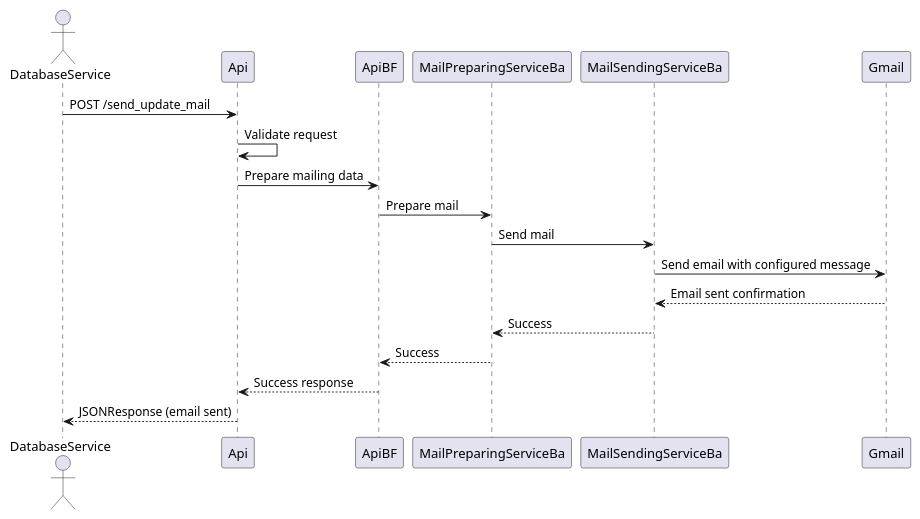
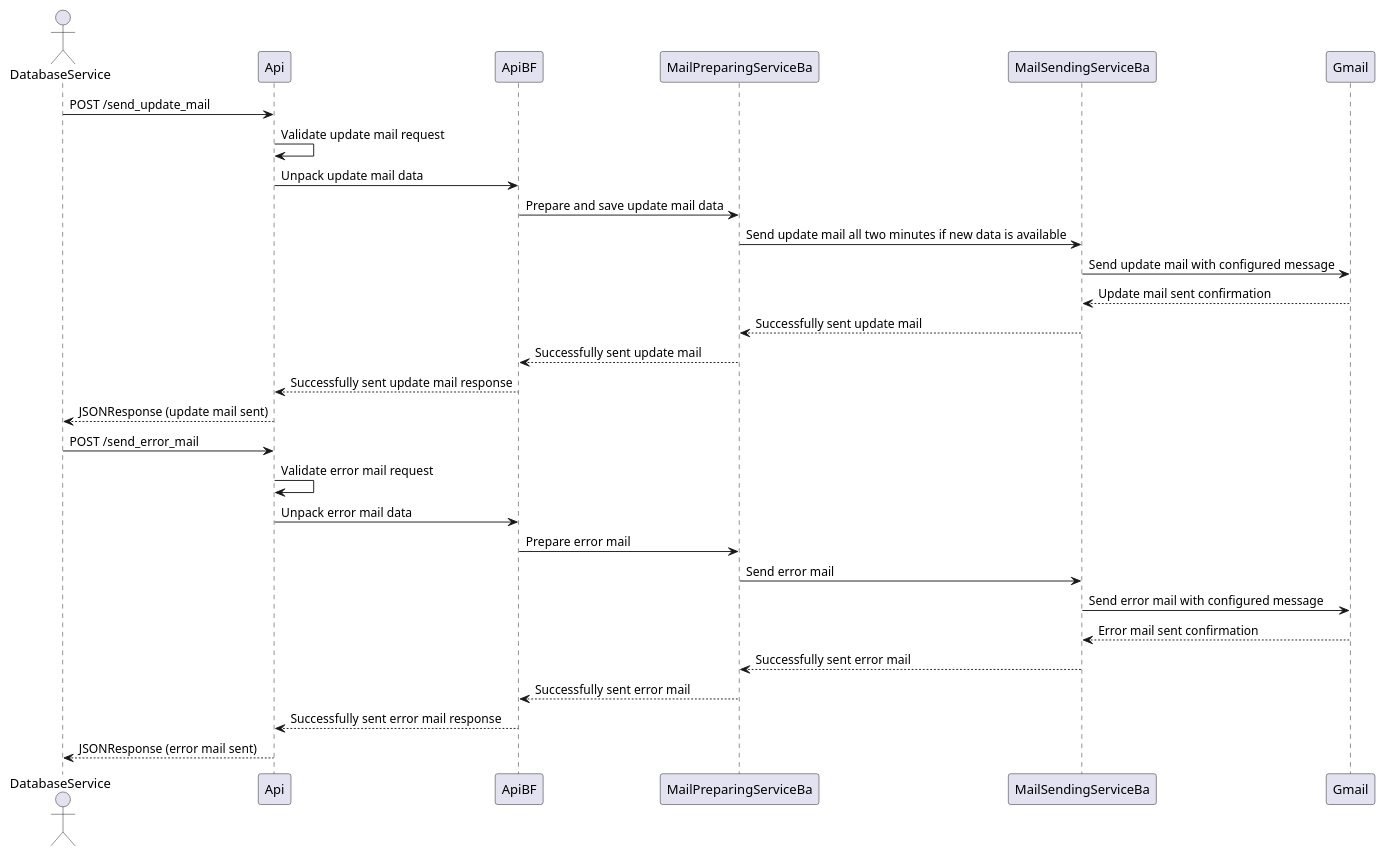
Before and after one commit to Marcey1611/stock-tracker-project-sysad-ws2425: the diagram in doc/documentation/services/mailing_service/sequence_diagram.puml, drawn with PlantUML. The commit also changed 3 other files, not shown here.

```diff
--- a/doc/documentation/services/mailing_service/sequence_diagram.puml
+++ b/doc/documentation/services/mailing_service/sequence_diagram.puml
@@ -1,22 +1,34 @@
 @startuml
 
 actor "DatabaseService" as Database
 participant "Api" as API
 participant "ApiBF" as ApiBF
 participant "MailPreparingServiceBa" as MailPreparingService
 participant "MailSendingServiceBa" as MailSendingService
 participant "Gmail" as Gmail
 
 Database -> API: POST /send_update_mail
-API -> API: Validate request
-API -> ApiBF: Prepare mailing data
-ApiBF -> MailPreparingService: Prepare mail
-MailPreparingService -> MailSendingService: Send mail
-MailSendingService -> Gmail: Send email with configured message
-Gmail --> MailSendingService: Email sent confirmation
-MailSendingService --> MailPreparingService: Success
-MailPreparingService --> ApiBF: Success
-ApiBF --> API: Success response
-API --> Database: JSONResponse (email sent)
+API -> API: Validate update mail request
+API -> ApiBF: Unpack update mail data
+ApiBF -> MailPreparingService: Prepare and save update mail data
+MailPreparingService -> MailSendingService: Send update mail all two minutes if new data is available
+MailSendingService -> Gmail: Send update mail with configured message
+Gmail --> MailSendingService: Update mail sent confirmation
+MailSendingService --> MailPreparingService: Successfully sent update mail
+MailPreparingService --> ApiBF: Successfully sent update mail
+ApiBF --> API: Successfully sent update mail response
+API --> Database: JSONResponse (update mail sent)
+
+Database -> API: POST /send_error_mail
+API -> API: Validate error mail request
+API -> ApiBF: Unpack error mail data
+ApiBF -> MailPreparingService: Prepare error mail
+MailPreparingService -> MailSendingService: Send error mail
+MailSendingService -> Gmail: Send error mail with configured message
+Gmail --> MailSendingService: Error mail sent confirmation
+MailSendingService --> MailPreparingService: Successfully sent error mail
+MailPreparingService --> ApiBF: Successfully sent error mail
+ApiBF --> API: Successfully sent error mail response
+API --> Database: JSONResponse (error mail sent)
 
 @enduml
```
